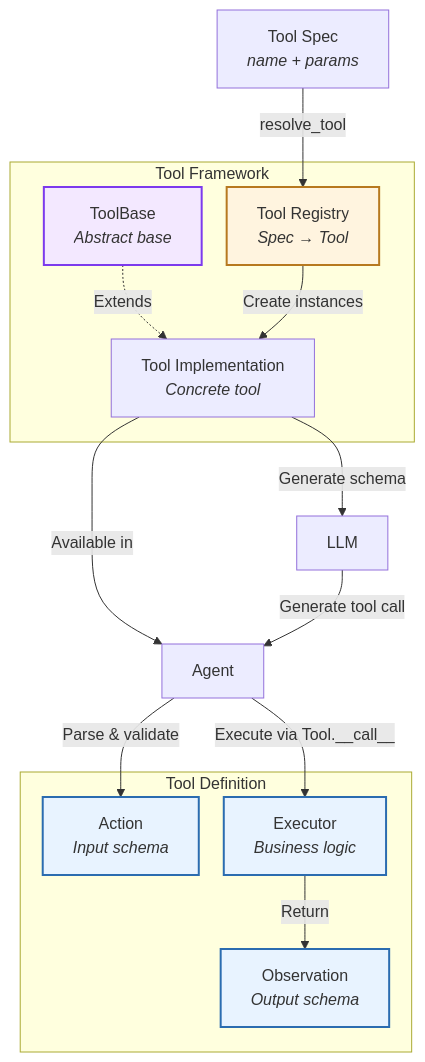
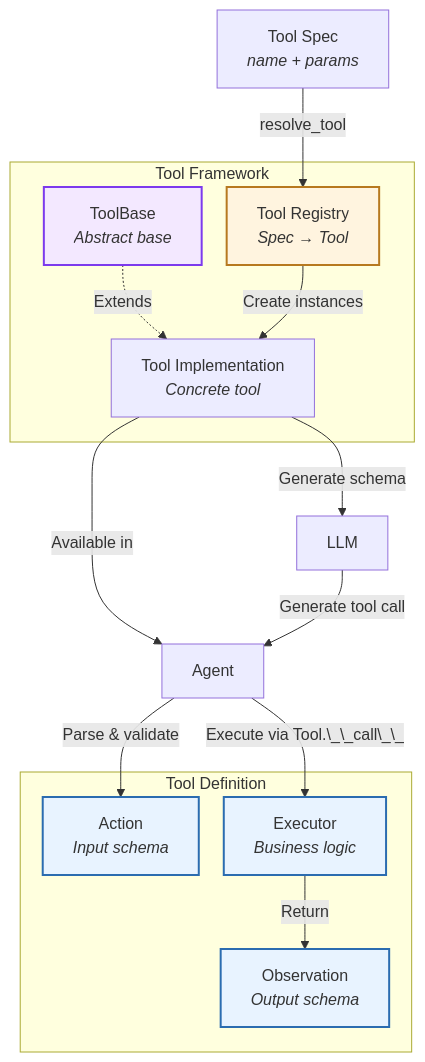
One commit to OpenHands/docs changed the first of 10 diagrams in sdk/arch/tool-system.mdx. Above: the diagram before and after it, drawn with Mermaid. The commit also changed other lines of this file, not shown here.

Commit message:
done with tool system

````diff
--- a/sdk/arch/tool-system.mdx
+++ b/sdk/arch/tool-system.mdx
@@ -21,38 +23,38 @@
 ```mermaid
 %%{init: {"theme": "default", "flowchart": {"nodeSpacing": 25, "rankSpacing": 50}} }%%
 flowchart TB
     subgraph Definition["Tool Definition"]
         Action["Action<br><i>Input schema</i>"]
         Observation["Observation<br><i>Output schema</i>"]
         Executor["Executor<br><i>Business logic</i>"]
     end
     
     subgraph Framework["Tool Framework"]
         Base["ToolBase<br><i>Abstract base</i>"]
         Impl["Tool Implementation<br><i>Concrete tool</i>"]
         Registry["Tool Registry<br><i>Spec → Tool</i>"]
     end
 
     Agent["Agent"]
     LLM["LLM"]
     ToolSpec["Tool Spec<br><i>name + params</i>"]
 
     Base -.->|Extends| Impl
     
     ToolSpec -->|resolve_tool| Registry
     Registry -->|Create instances| Impl
     Impl -->|Available in| Agent
     Impl -->|Generate schema| LLM
     LLM -->|Generate tool call| Agent
     Agent -->|Parse & validate| Action
-    Agent -->|Execute via Tool.__call__| Executor
+    Agent -->|Execute via Tool.\_\_call\_\_| Executor
     Executor -->|Return| Observation
     
     classDef primary fill:#f3e8ff,stroke:#7c3aed,stroke-width:2px
     classDef secondary fill:#e8f3ff,stroke:#2b6cb0,stroke-width:2px
     classDef tertiary fill:#fff4df,stroke:#b7791f,stroke-width:2px
     
     class Base primary
     class Action,Observation,Executor secondary
     class Registry tertiary
 ```
````
